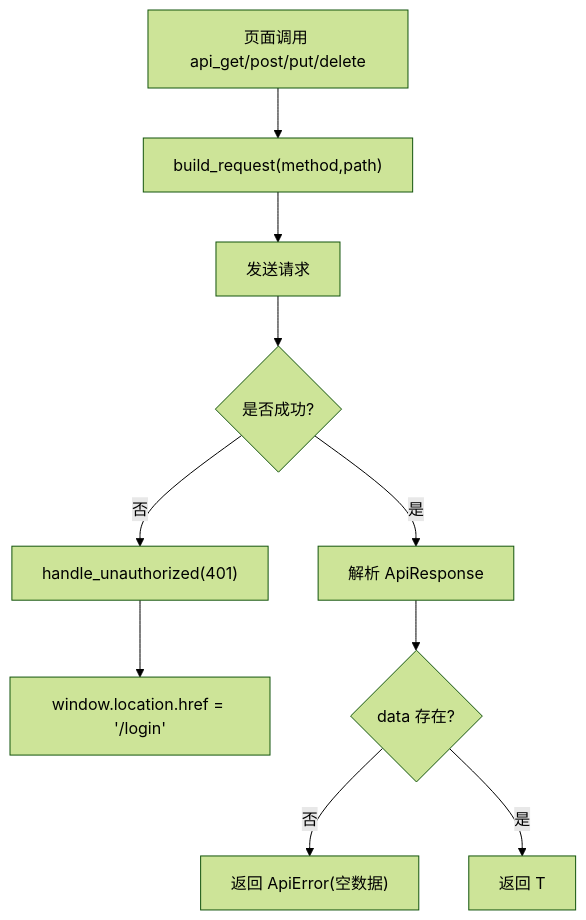
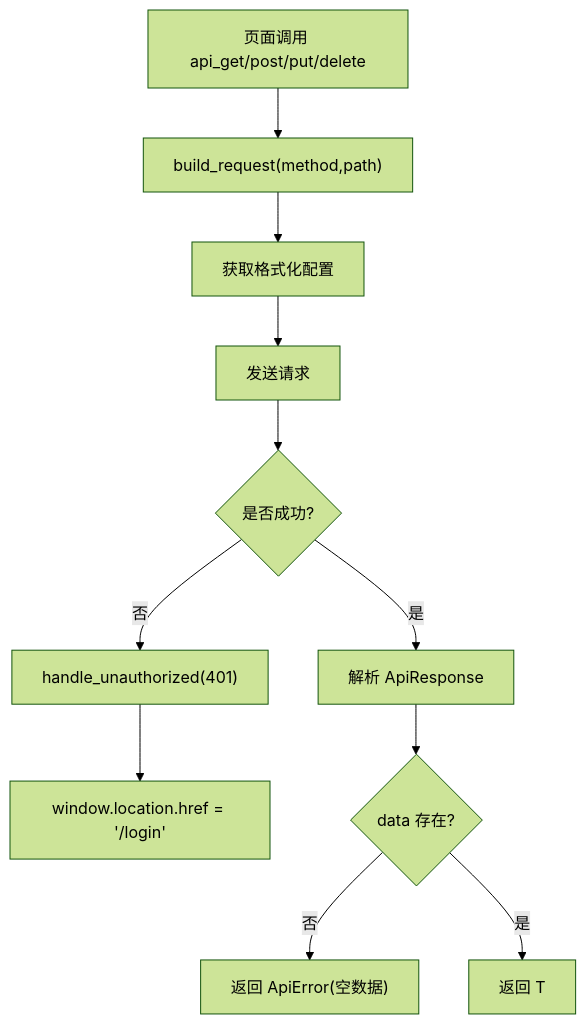
Before and after one commit to runningcoders/ai_orz: the sixth of 12 diagrams in .qoder/repowiki/zh/content/前端应用/前端应用.md, drawn with Mermaid (forest theme). The commit also changed other lines of this file and 4 other files, not shown here.

````diff
--- a/.qoder/repowiki/zh/content/前端应用/前端应用.md
+++ b/.qoder/repowiki/zh/content/前端应用/前端应用.md
@@ -253,12 +271,13 @@
 ```mermaid
 flowchart TD
 Call["页面调用 api_get/post/put/delete"] --> Build["build_request(method,path)"]
-Build --> Send["发送请求"]
+Build --> Config["获取格式化配置"]
+Config --> Send["发送请求"]
 Send --> Ok{"是否成功?"}
 Ok -- 否 --> Handle401["handle_unauthorized(401)"]
 Handle401 --> Redirect["window.location.href = '/login'"]
 Ok -- 是 --> Parse["解析 ApiResponse<T>"]
 Parse --> Data{"data 存在?"}
 Data -- 否 --> Err["返回 ApiError(空数据)"]
 Data -- 是 --> Return["返回 T"]
 ```
````
